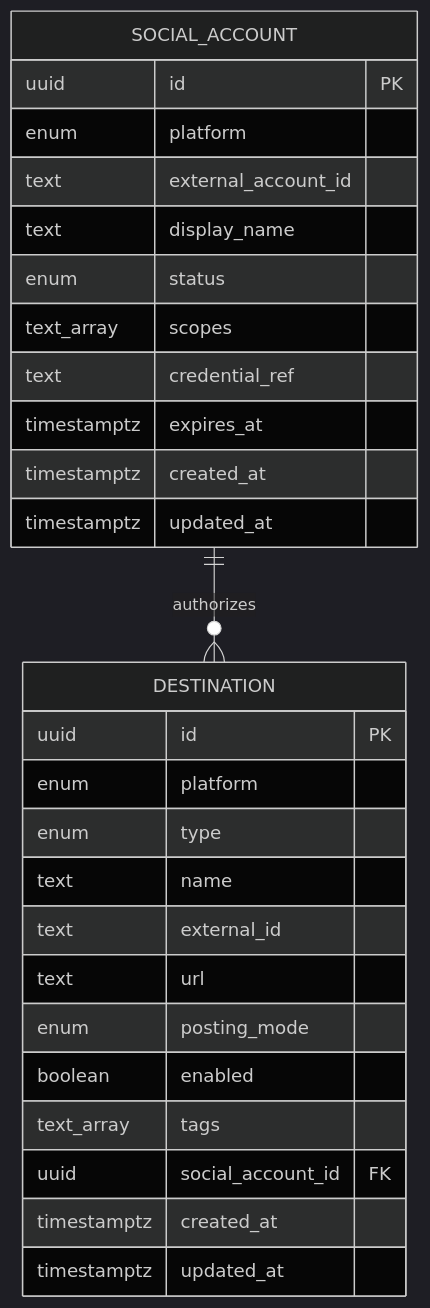
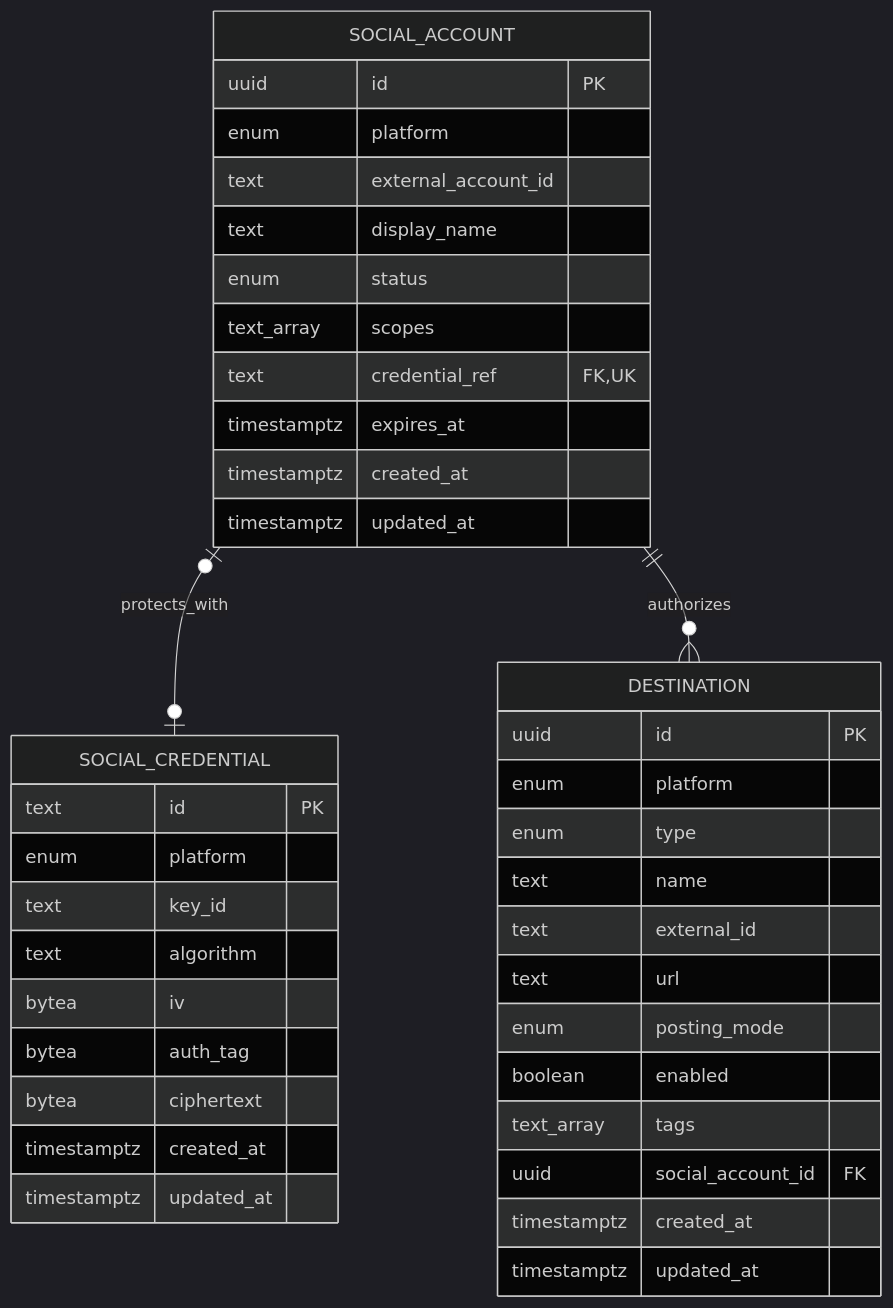
The diagram in docs/diagrams/social-domain-erd.md (vitoo16/recruitops-platform), drawn with Mermaid (dark theme) before and after one commit. The commit also changed other lines of this file and 18 other files, not shown here.

````diff
--- a/docs/diagrams/social-domain-erd.md
+++ b/docs/diagrams/social-domain-erd.md
@@ -3,32 +3,45 @@
 ```mermaid
 erDiagram
+    SOCIAL_ACCOUNT o|--o| SOCIAL_CREDENTIAL : protects_with
     SOCIAL_ACCOUNT ||--o{ DESTINATION : authorizes
 
     SOCIAL_ACCOUNT {
       uuid id PK
       enum platform
       text external_account_id
       text display_name
       enum status
       text_array scopes
-      text credential_ref
+      text credential_ref FK, UK
       timestamptz expires_at
+      timestamptz created_at
+      timestamptz updated_at
+    }
+
+    SOCIAL_CREDENTIAL {
+      text id PK
+      enum platform
+      text key_id
+      text algorithm
+      bytea iv
+      bytea auth_tag
+      bytea ciphertext
       timestamptz created_at
       timestamptz updated_at
     }
 
     DESTINATION {
       uuid id PK
       enum platform
       enum type
       text name
       text external_id
       text url
       enum posting_mode
       boolean enabled
       text_array tags
       uuid social_account_id FK
       timestamptz created_at
       timestamptz updated_at
     }
 ```
````
